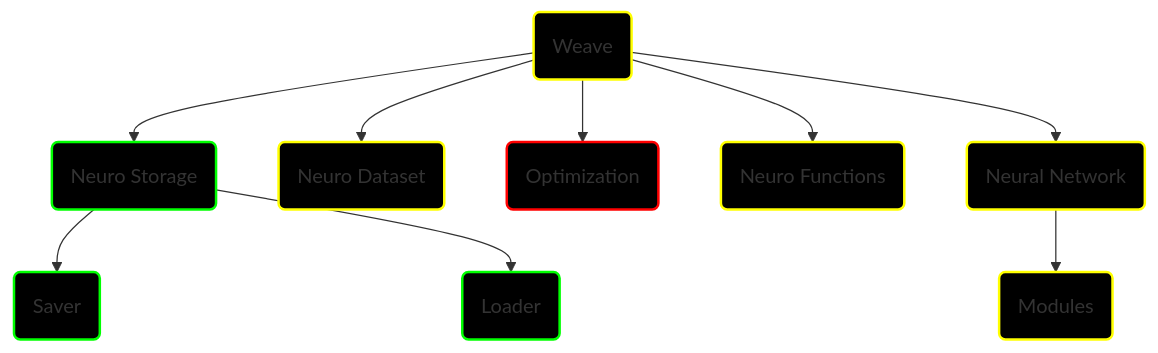
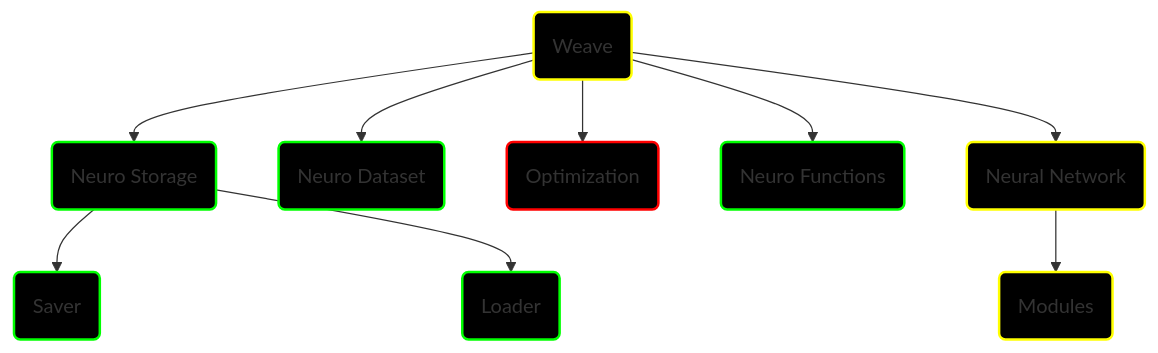
Before and after one commit to stas-gatin/NeuroWeave: the diagram in README.md, drawn with Mermaid.

````diff
--- a/README.md
+++ b/README.md
@@ -76,20 +76,20 @@
 ```mermaid
 graph TD;
     weave(Weave)-->neuro_storage(Neuro Storage);
     weave-->neuro_dataset(Neuro Dataset);
     weave-->optim(Optimization);
     weave-->random(Neuro Functions);
     weave-->nn(Neural Network);
     nn-->modules(Modules);
     neuro_storage-->saver(Saver);
     neuro_storage-->loader(Loader);
 
     classDef in_process fill:#000,stroke:#ffff00,stroke-width:2px;
     classDef done fill:#000,stroke:#00ff00,stroke-width:2px;
     classDef not_done fill:#000,stroke:#ff0000,stroke-width:2px;
 
-    class weave,nn,modules,network,random,neuro_dataset in_process;
-    class neuro_storage,saver,loader done;
+    class weave,nn,modules,network in_process;
+    class neuro_storage,saver,loader,neuro_dataset,random done;
     class optim not_done;
 
 ```
````
